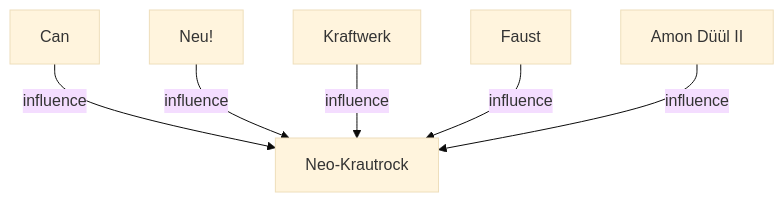
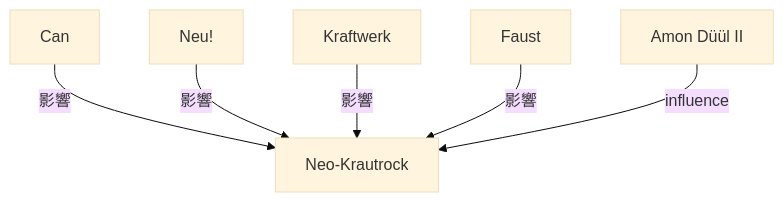
One commit to monumental-movement/monumental-movement.github.io changed the first of 4 diagrams in en/_posts/2025-12-02-column-neo-krautrock.md. Above: the diagram before and after it, drawn with Mermaid (base theme). The commit also changed other lines of this file and 2196 other files, not shown here.

```diff
--- a/en/_posts/2025-12-02-column-neo-krautrock.md
+++ b/en/_posts/2025-12-02-column-neo-krautrock.md
@@ -53,8 +53,8 @@
 <div class="mermaid">
 flowchart TD
-    Can["Can"] -->|influence| NeoKrautrock["Neo-Krautrock"]
-    Neu["Neu!"] -->|influence| NeoKrautrock
-    Kraftwerk["Kraftwerk"] -->|influence| NeoKrautrock
-    Faust["Faust"] -->|influence| NeoKrautrock
+    Can["Can"] -->|影響| NeoKrautrock["Neo-Krautrock"]
+    Neu["Neu!"] -->|影響| NeoKrautrock
+    Kraftwerk["Kraftwerk"] -->|影響| NeoKrautrock
+    Faust["Faust"] -->|影響| NeoKrautrock
     AmonDuelII["Amon Düül II"] -->|influence| NeoKrautrock
 </div>
```
